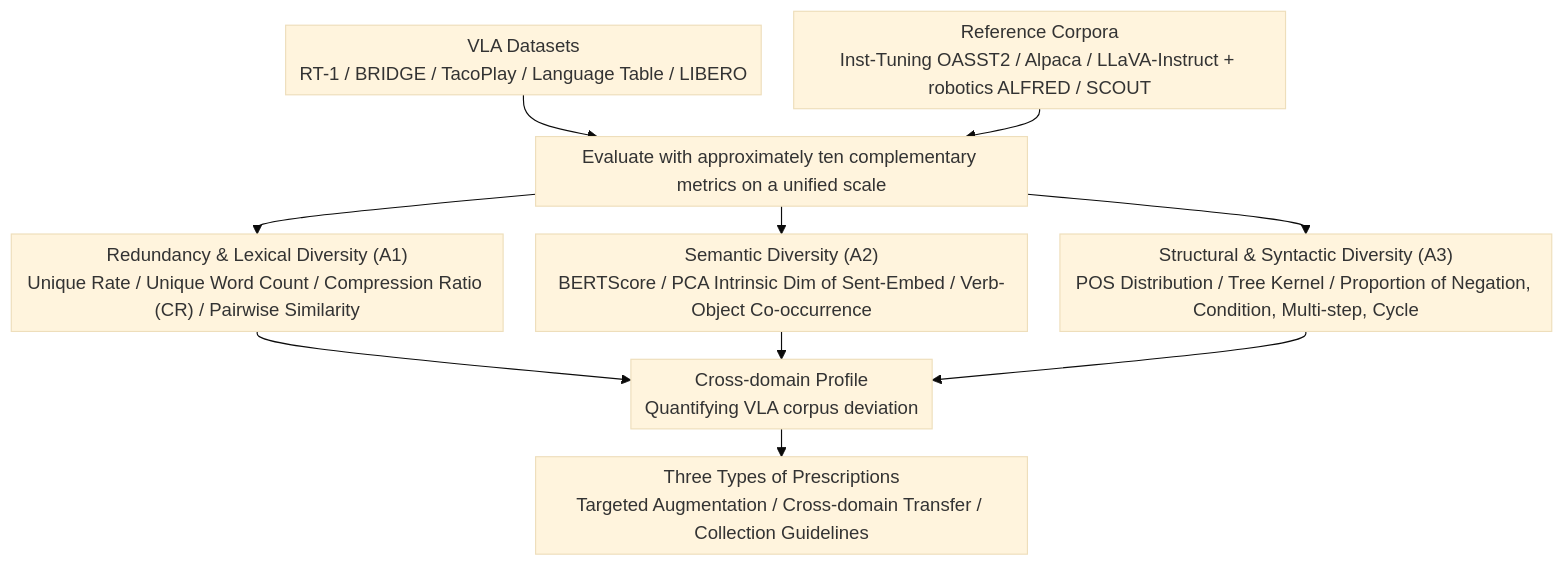
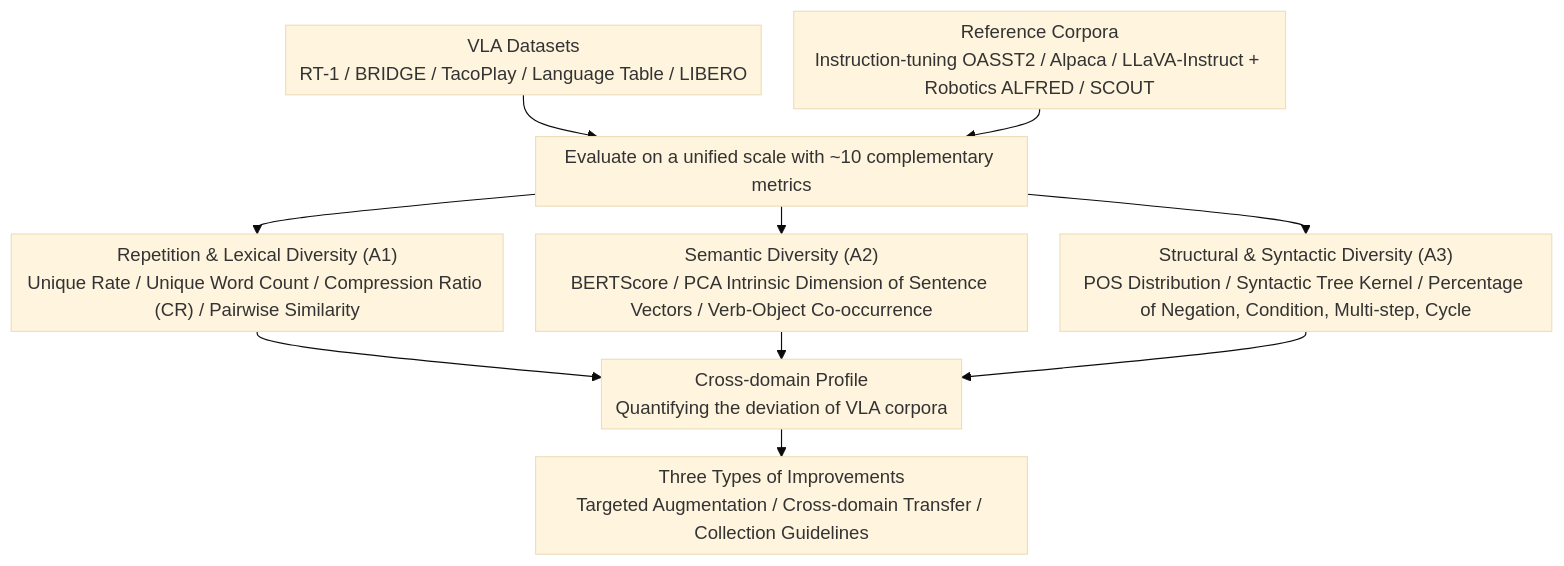
The diagram in docs/ACL2026/robotics/limited_linguistic_diversity_in_embodied_ai_datasets.md (zhaoyang97/Paper-Notes-en), drawn with Mermaid (base theme) before and after one commit. The commit also changed other lines of this file and 5084 other files, not shown here.

````diff
--- a/docs/ACL2026/robotics/limited_linguistic_diversity_in_embodied_ai_datasets.md
+++ b/docs/ACL2026/robotics/limited_linguistic_diversity_in_embodied_ai_datasets.md
@@ -43,16 +43,16 @@
 ```mermaid
 %%{init: {'flowchart': {'rankSpacing': 24, 'nodeSpacing': 28, 'padding': 6, 'wrappingWidth': 400}}}%%
 flowchart TD
     A["VLA Datasets<br/>RT-1 / BRIDGE / TacoPlay / Language Table / LIBERO"]
-    B["Reference Corpora<br/>Inst-Tuning OASST2 / Alpaca / LLaVA-Instruct + robotics ALFRED / SCOUT"]
+    B["Reference Corpora<br/>Instruction-tuning OASST2 / Alpaca / LLaVA-Instruct + Robotics ALFRED / SCOUT"]
     A --> C
     B --> C
-    C["Evaluate with approximately ten complementary metrics on a unified scale"]
-    C --> D1["Redundancy & Lexical Diversity (A1)<br/>Unique Rate / Unique Word Count / Compression Ratio (CR) / Pairwise Similarity"]
-    C --> D2["Semantic Diversity (A2)<br/>BERTScore / PCA Intrinsic Dim of Sent-Embed / Verb-Object Co-occurrence"]
-    C --> D3["Structural & Syntactic Diversity (A3)<br/>POS Distribution / Tree Kernel / Proportion of Negation, Condition, Multi-step, Cycle"]
-    D1 --> E["Cross-domain Profile<br/>Quantifying VLA corpus deviation"]
+    C["Evaluate on a unified scale with ~10 complementary metrics"]
+    C --> D1["Repetition & Lexical Diversity (A1)<br/>Unique Rate / Unique Word Count / Compression Ratio (CR) / Pairwise Similarity"]
+    C --> D2["Semantic Diversity (A2)<br/>BERTScore / PCA Intrinsic Dimension of Sentence Vectors / Verb-Object Co-occurrence"]
+    C --> D3["Structural & Syntactic Diversity (A3)<br/>POS Distribution / Syntactic Tree Kernel / Percentage of Negation, Condition, Multi-step, Cycle"]
+    D1 --> E["Cross-domain Profile<br/>Quantifying the deviation of VLA corpora"]
     D2 --> E
     D3 --> E
-    E --> F["Three Types of Prescriptions<br/>Targeted Augmentation / Cross-domain Transfer / Collection Guidelines"]
+    E --> F["Three Types of Improvements<br/>Targeted Augmentation / Cross-domain Transfer / Collection Guidelines"]
 ```
````
